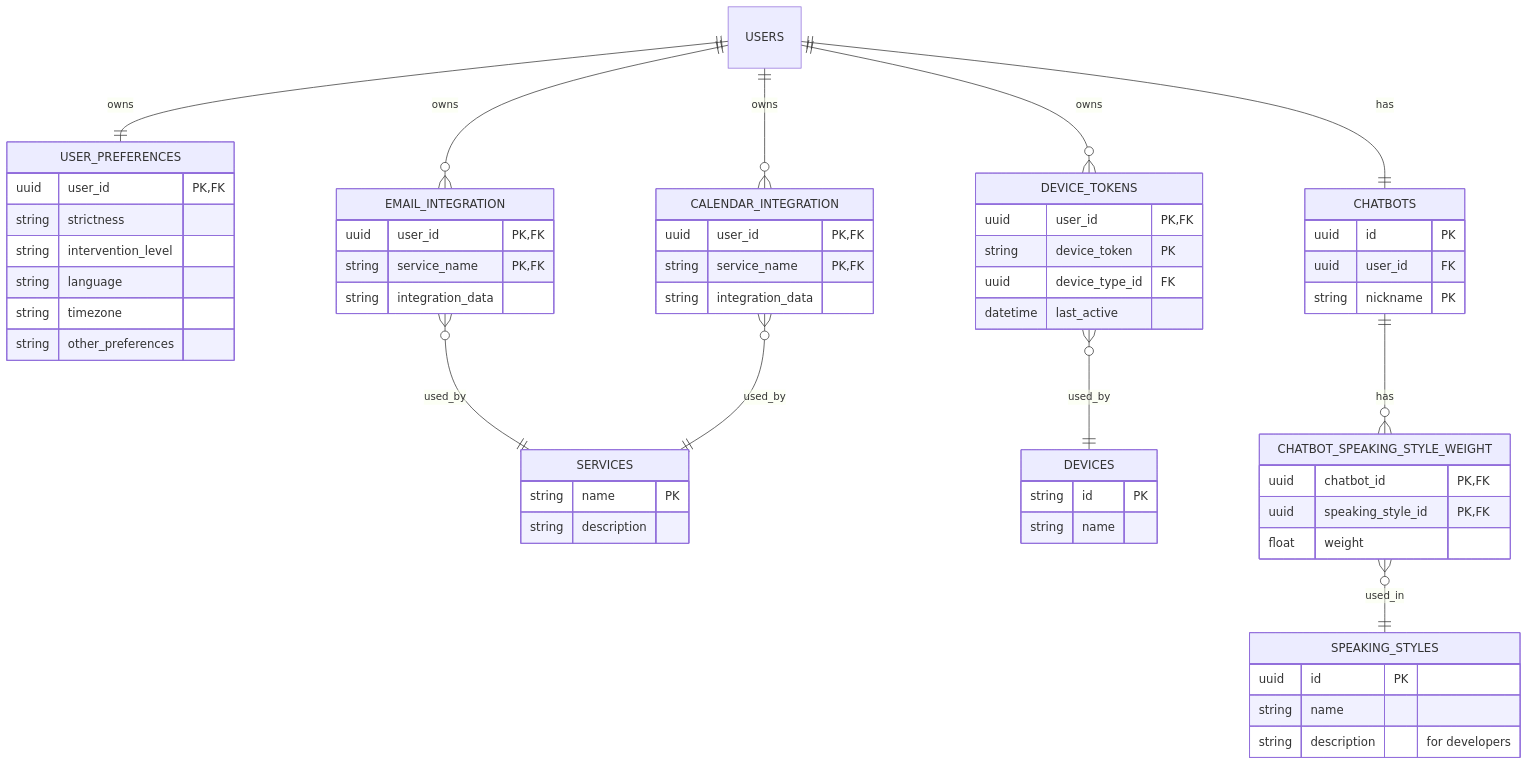
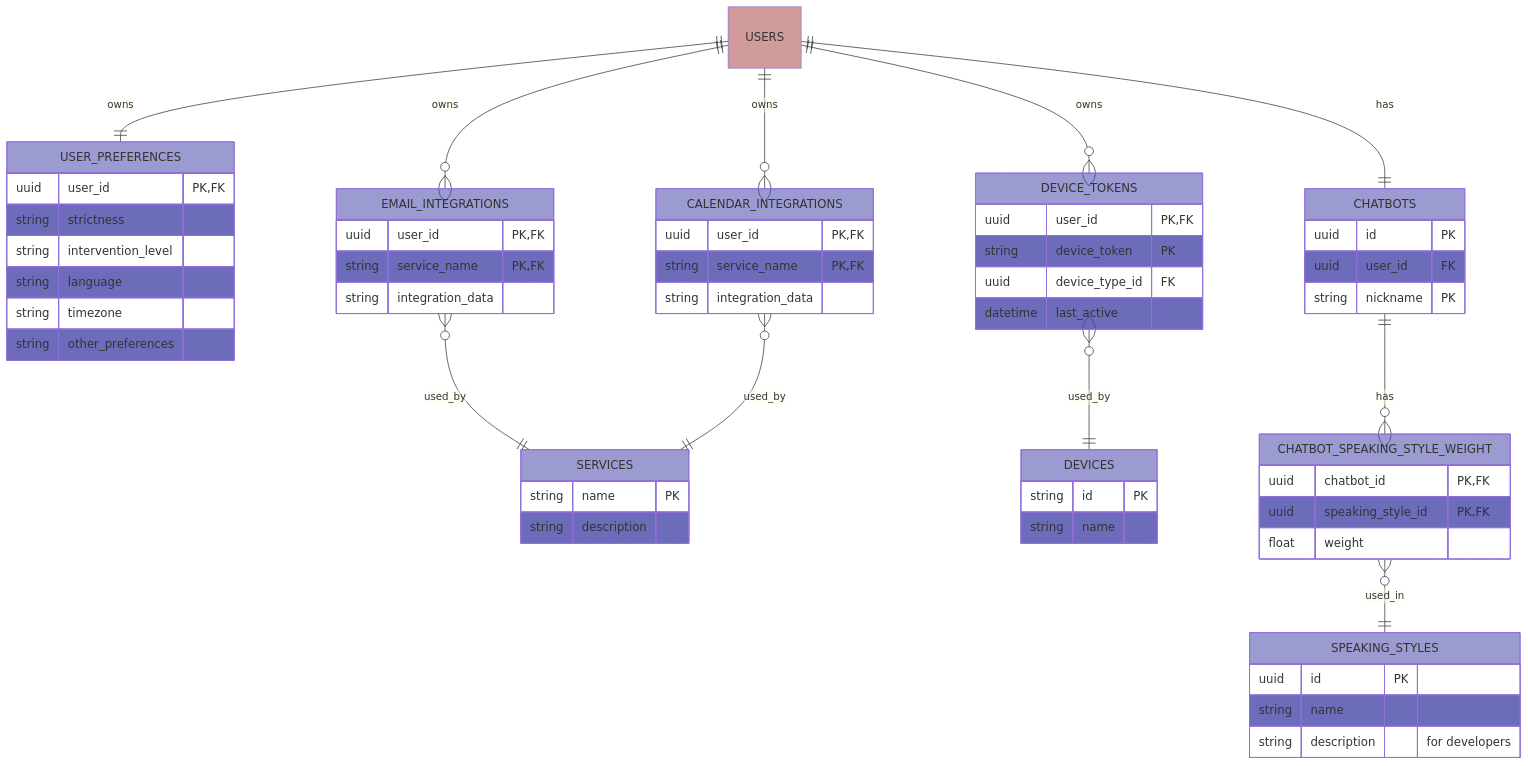
One commit to hadiahmad06/jiko changed the third of 3 diagrams in backend/docs/erdiagram.md. Above: the diagram before and after it, drawn with Mermaid. The commit also changed other lines of this file and 7 other files, not shown here.

Commit message:
[4o] backend: db: created setup scripts for dynamodb and postgres, updated er diagram to reflect

````diff
--- a/backend/docs/erdiagram.md
+++ b/backend/docs/erdiagram.md
@@ -113,7 +145,9 @@
 %%        string context_data
 %%    }
 
-    USER_PREFERENCES {
+    USERS:::postgres
+
+    USER_PREFERENCES:::dynamodb {
         uuid user_id PK, FK
         string strictness
         string intervention_level
@@ -122,48 +156,48 @@
         string other_preferences
     }
 
-    SERVICES {
+    SERVICES:::dynamodb {
         string name PK
         string description
     }
 
-    EMAIL_INTEGRATION {
+    EMAIL_INTEGRATIONS:::dynamodb {
         uuid user_id PK, FK
         string service_name PK, FK
         string integration_data
     }
 
-    CALENDAR_INTEGRATION {
+    CALENDAR_INTEGRATIONS:::dynamodb {
         uuid user_id PK, FK
         string service_name PK, FK
         string integration_data
     }
 
-    DEVICE_TOKENS {
+    DEVICE_TOKENS:::dynamodb {
         uuid user_id PK, FK
         string device_token PK
         uuid device_type_id FK
         datetime last_active
     }
 
-    DEVICES {
+    DEVICES:::dynamodb {
         string id PK
         string name
     }
 
-    CHATBOTS {
+    CHATBOTS:::dynamodb {
         uuid id PK
         uuid user_id FK
         string nickname PK
     }
 
-    CHATBOT_SPEAKING_STYLE_WEIGHT {
+    CHATBOT_SPEAKING_STYLE_WEIGHT:::dynamodb {
         uuid chatbot_id PK, FK
         uuid speaking_style_id PK, FK
         float weight 
     }
 
-    SPEAKING_STYLES {
+    SPEAKING_STYLES:::dynamodb {
         uuid id PK
         string name
         string description "for developers"
@@ -171,14 +205,17 @@
     
 %%    USERS ||--o{ USER_CONTEXT : "owns"
     USERS ||--|| USER_PREFERENCES : "owns"
-    USERS ||--o{ EMAIL_INTEGRATION : "owns"
-    USERS ||--o{ CALENDAR_INTEGRATION : "owns"
+    USERS ||--o{ EMAIL_INTEGRATIONS : "owns"
+    USERS ||--o{ CALENDAR_INTEGRATIONS : "owns"
     USERS ||--o{ DEVICE_TOKENS : "owns"
     DEVICE_TOKENS }o--|| DEVICES : "used_by"
-    EMAIL_INTEGRATION }o--|| SERVICES : "used_by"
-    CALENDAR_INTEGRATION }o--|| SERVICES : "used_by"
+    EMAIL_INTEGRATIONS }o--|| SERVICES : "used_by"
+    CALENDAR_INTEGRATIONS }o--|| SERVICES : "used_by"
 
     USERS ||--|| CHATBOTS : "has"
     CHATBOTS ||--o{ CHATBOT_SPEAKING_STYLE_WEIGHT : "has"
     CHATBOT_SPEAKING_STYLE_WEIGHT }o--|| SPEAKING_STYLES : "used_in"
+
+    classDef postgres fill:#a448
+    classDef dynamodb fill:#44a8
 ```
````
